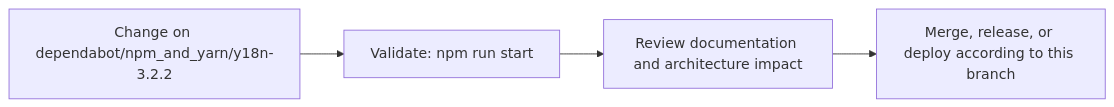
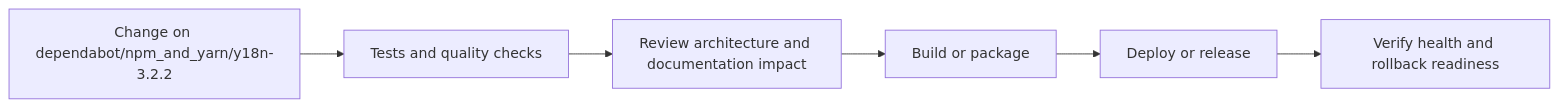
The fourth of 5 diagrams in README.md (Nischhalsubba/wp_Theme_Ronal), drawn with Mermaid before and after one commit. The commit also changed other lines of this file, not shown here.

````diff
--- a/README.md
+++ b/README.md
@@ -69,8 +145,8 @@
 ```mermaid
 flowchart LR
-    CHANGE["Change on dependabot/npm_and_yarn/y18n-3.2.2"]
-    CHECK["Validate: npm run start"]
-    REVIEW["Review documentation and architecture impact"]
-    RELEASE["Merge, release, or deploy according to this branch"]
-    CHANGE --> CHECK --> REVIEW --> RELEASE
+    CHANGE["Change on dependabot/npm_and_yarn/y18n-3.2.2"] --> CHECK["Tests and quality checks"]
+    CHECK --> REVIEW["Review architecture and documentation impact"]
+    REVIEW --> BUILD["Build or package"]
+    BUILD --> DEPLOY["Deploy or release"]
+    DEPLOY --> VERIFY["Verify health and rollback readiness"]
 ```
````
